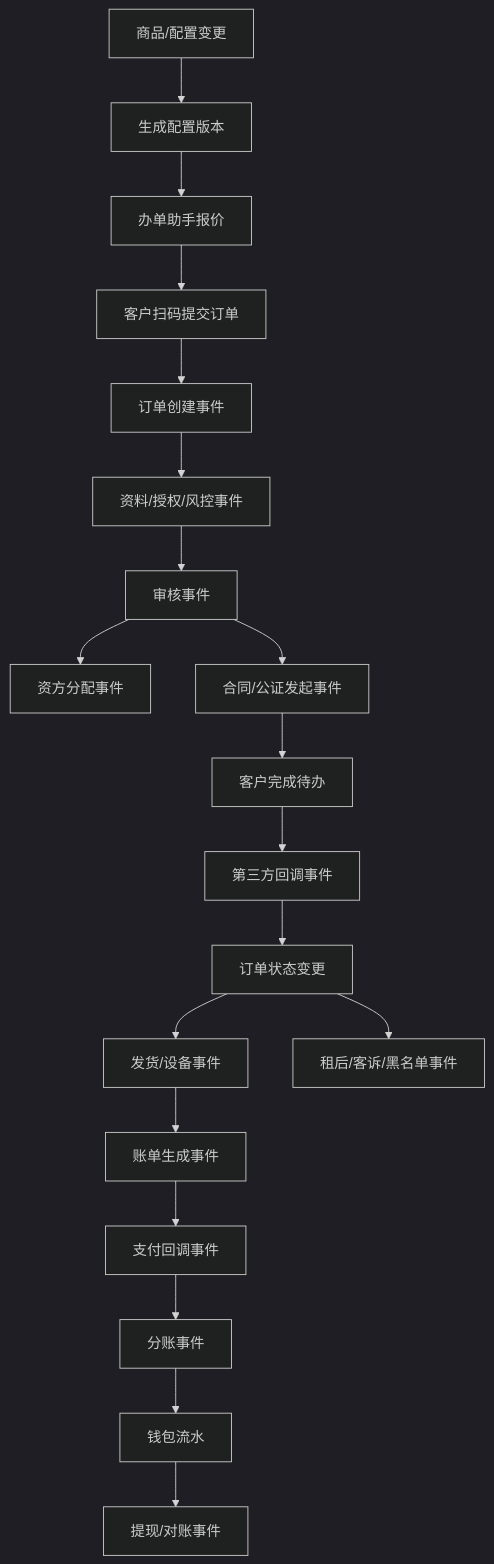
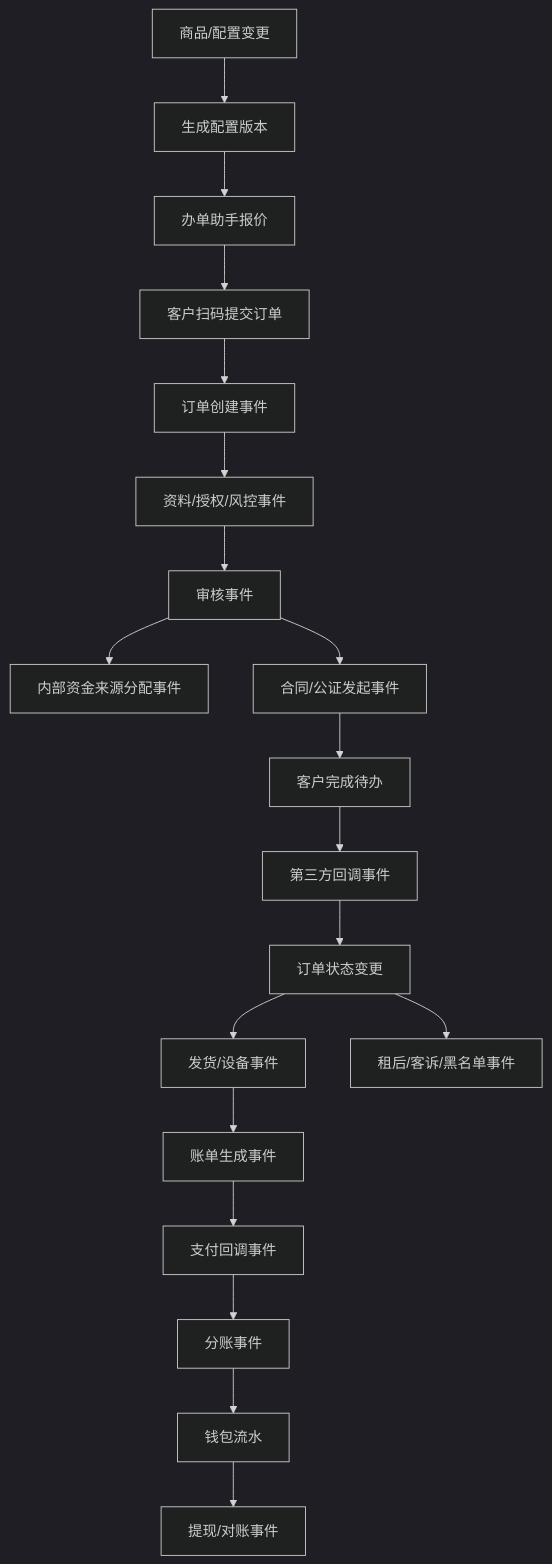
One commit to joezjyan-bot/mandian-prd changed the diagram in PRD/V0.2/modules/全局/06_数据模型与事件流总表.md. Above: the diagram before and after it, drawn with Mermaid (dark theme). The commit also changed other lines of this file and 79 other files, not shown here.

````diff
--- a/PRD/V0.2/modules/全局/06_数据模型与事件流总表.md
+++ b/PRD/V0.2/modules/全局/06_数据模型与事件流总表.md
@@ -65,21 +65,21 @@
 ```mermaid
 flowchart TD
     A["商品/配置变更"] --> B["生成配置版本"]
     B --> C["办单助手报价"]
     C --> D["客户扫码提交订单"]
     D --> E["订单创建事件"]
     E --> F["资料/授权/风控事件"]
     F --> G["审核事件"]
-    G --> H["资方分配事件"]
+    G --> H["内部资金来源分配事件"]
     G --> I["合同/公证发起事件"]
     I --> J["客户完成待办"]
     J --> K["第三方回调事件"]
     K --> L["订单状态变更"]
     L --> M["发货/设备事件"]
     M --> N["账单生成事件"]
     N --> O["支付回调事件"]
     O --> P["分账事件"]
     P --> Q["钱包流水"]
     Q --> R["提现/对账事件"]
     L --> S["租后/客诉/黑名单事件"]
 ```
````
